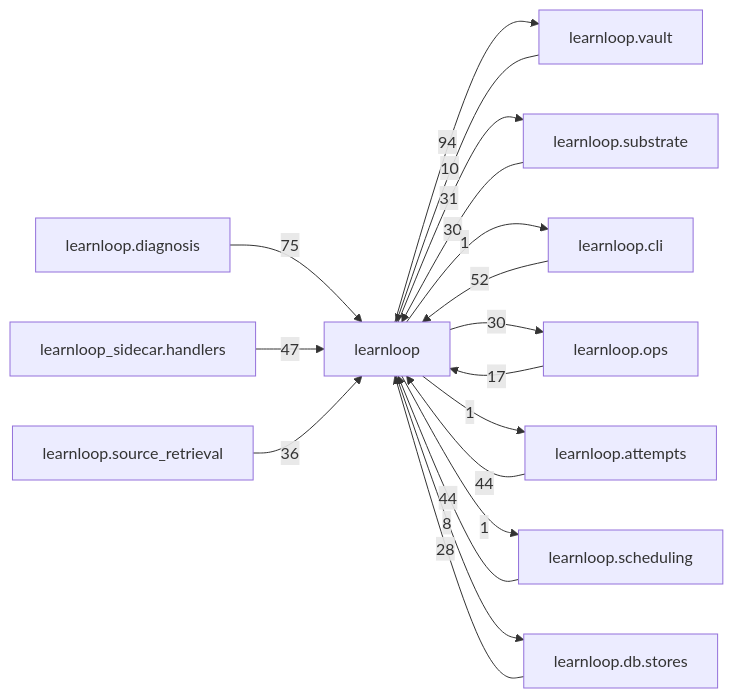
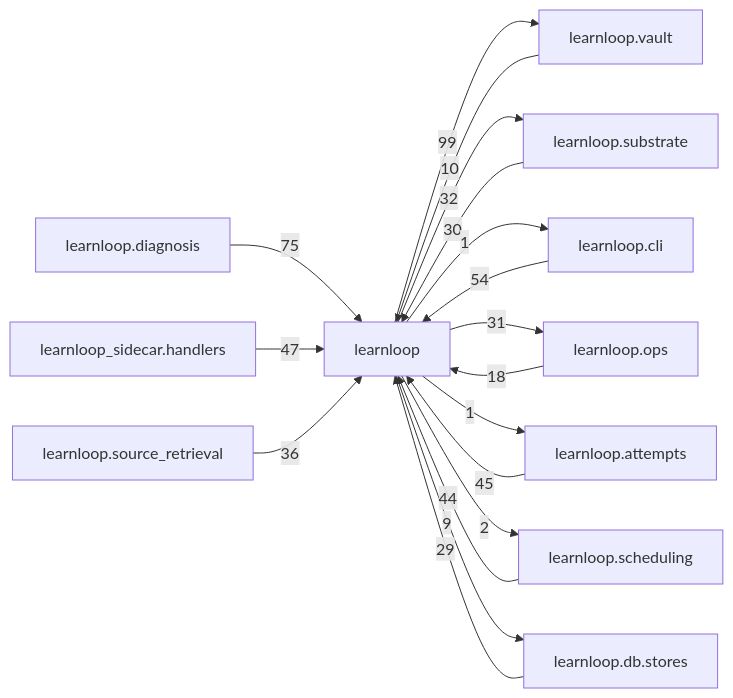
The diagram in docs/learnloop-architecture-vault/Reference/Modules/learnloop/_package.md (6up-b/learnanything), drawn with Mermaid before and after one commit. The commit also changed other lines of this file and 590 other files, not shown here.

Commit message:
Data capture landing: references regenerated at migration 240 (db reference 379 table notes, errors []; desktop 317 TS and 6 Rust notes; module catalog 1172 notes and 64 package maps, with learnloop.data_capture described; vault validation passes)

````diff
--- a/docs/learnloop-architecture-vault/Reference/Modules/learnloop/_package.md
+++ b/docs/learnloop-architecture-vault/Reference/Modules/learnloop/_package.md
@@ -293,31 +306,31 @@
 ```mermaid
 flowchart LR
     center["learnloop"]
     n_learnloop_vault["learnloop.vault"]
     n_learnloop_diagnosis["learnloop.diagnosis"]
     n_learnloop_substrate["learnloop.substrate"]
     n_learnloop_cli["learnloop.cli"]
     n_learnloop_ops["learnloop.ops"]
     n_learnloop_sidecar_handlers["learnloop_sidecar.handlers"]
     n_learnloop_attempts["learnloop.attempts"]
     n_learnloop_scheduling["learnloop.scheduling"]
     n_learnloop_db_stores["learnloop.db.stores"]
     n_learnloop_source_retrieval["learnloop.source_retrieval"]
     n_learnloop_vault -->|10| center
-    center -->|94| n_learnloop_vault
+    center -->|99| n_learnloop_vault
     n_learnloop_diagnosis -->|75| center
     n_learnloop_substrate -->|30| center
-    center -->|31| n_learnloop_substrate
-    n_learnloop_cli -->|52| center
+    center -->|32| n_learnloop_substrate
+    n_learnloop_cli -->|54| center
     center -->|1| n_learnloop_cli
-    n_learnloop_ops -->|17| center
-    center -->|30| n_learnloop_ops
+    n_learnloop_ops -->|18| center
+    center -->|31| n_learnloop_ops
     n_learnloop_sidecar_handlers -->|47| center
-    n_learnloop_attempts -->|44| center
+    n_learnloop_attempts -->|45| center
     center -->|1| n_learnloop_attempts
     n_learnloop_scheduling -->|44| center
-    center -->|1| n_learnloop_scheduling
-    n_learnloop_db_stores -->|28| center
-    center -->|8| n_learnloop_db_stores
+    center -->|2| n_learnloop_scheduling
+    n_learnloop_db_stores -->|29| center
+    center -->|9| n_learnloop_db_stores
     n_learnloop_source_retrieval -->|36| center
 ```
````
